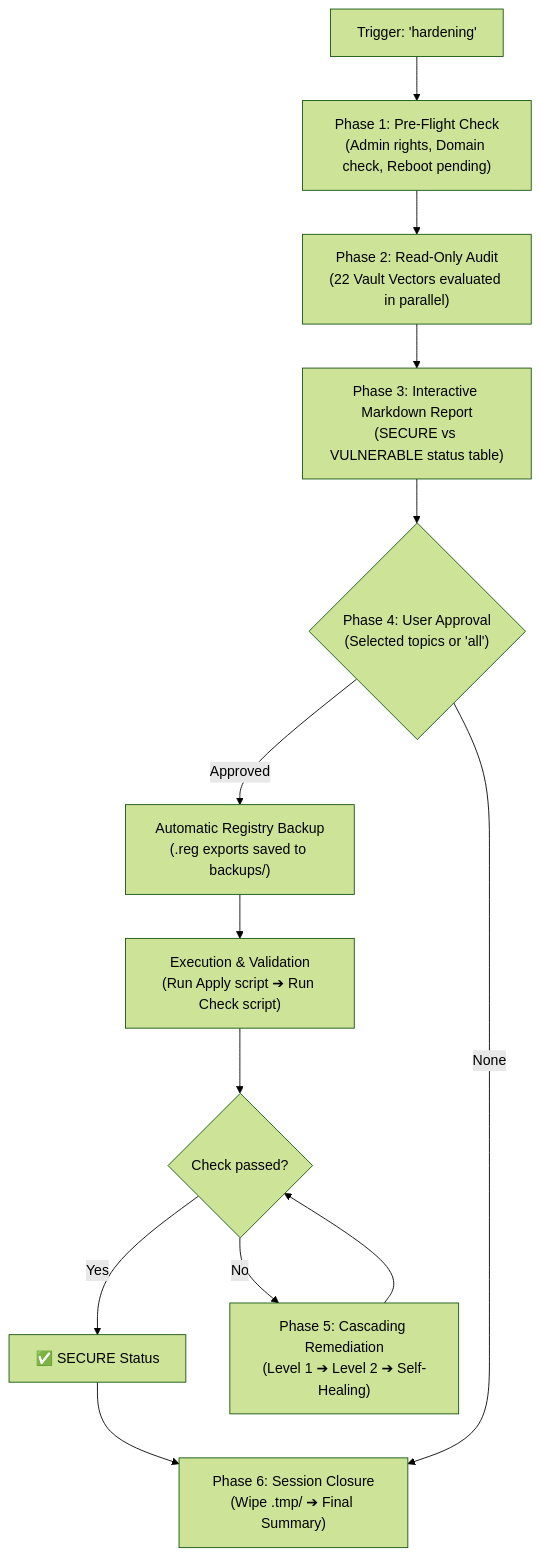
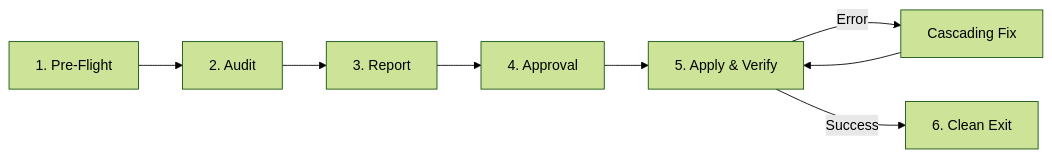
Before and after one commit to pedrosilvaevangelista/Citadel-Windows-Hardening-Agent: the diagram in README.md, drawn with Mermaid (forest theme). The commit also changed other lines of this file, not shown here.

Commit message:
docs: redesign README with modern visual hierarchy, vector matrix, and clean workflow

````diff
--- a/README.md
+++ b/README.md
@@ -24,15 +101,10 @@
 ```mermaid
-flowchart TD
-    A["Trigger: 'hardening'"] --> B["Phase 1: Pre-Flight Check<br/>(Admin rights, Domain check, Reboot pending)"]
-    B --> C["Phase 2: Read-Only Audit<br/>(22 Vault Vectors evaluated in parallel)"]
-    C --> D["Phase 3: Interactive Markdown Report<br/>(SECURE vs VULNERABLE status table)"]
-    D --> E{"Phase 4: User Approval<br/>(Selected topics or 'all')"}
-    E -->|Approved| F["Automatic Registry Backup<br/>(.reg exports saved to backups/)"]
-    F --> G["Execution & Validation<br/>(Run Apply script ➔ Run Check script)"]
-    G --> H{"Check passed?"}
-    H -->|Yes| I["✅ SECURE Status"]
-    H -->|No| J["Phase 5: Cascading Remediation<br/>(Level 1 ➔ Level 2 ➔ Self-Healing)"]
-    J --> H
-    I --> K["Phase 6: Session Closure<br/>(Wipe .tmp/ ➔ Final Summary)"]
-    E -->|None| K
+flowchart LR
+    A["1. Pre-Flight"] --> B["2. Audit"]
+    B --> C["3. Report"]
+    C --> D["4. Approval"]
+    D --> E["5. Apply & Verify"]
+    E -->|Error| F["Cascading Fix"]
+    F --> E
+    E -->|Success| G["6. Clean Exit"]
 ```
````
